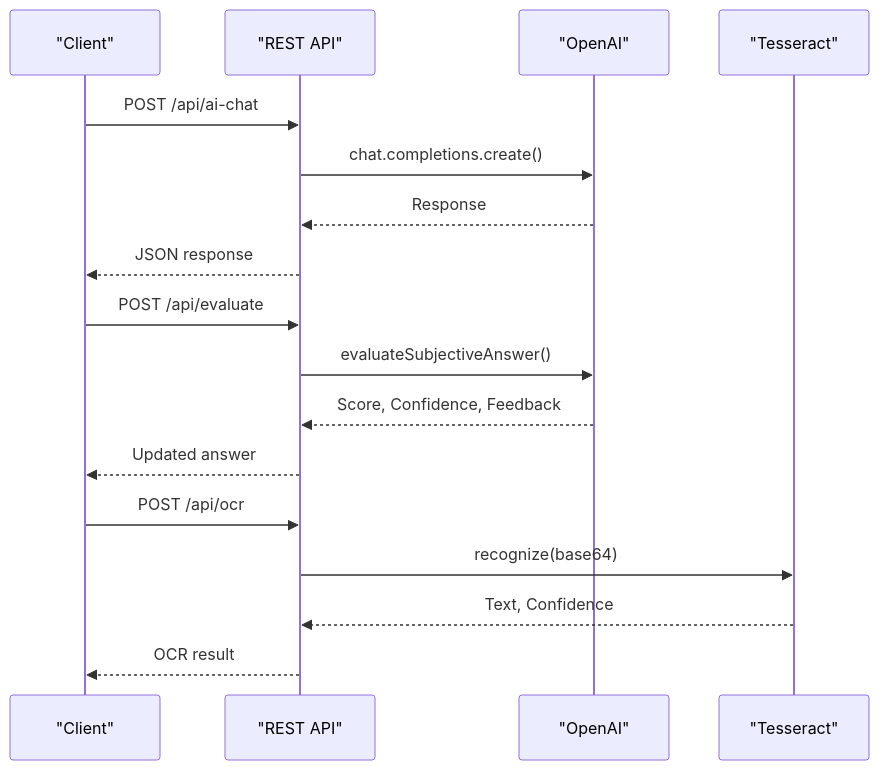
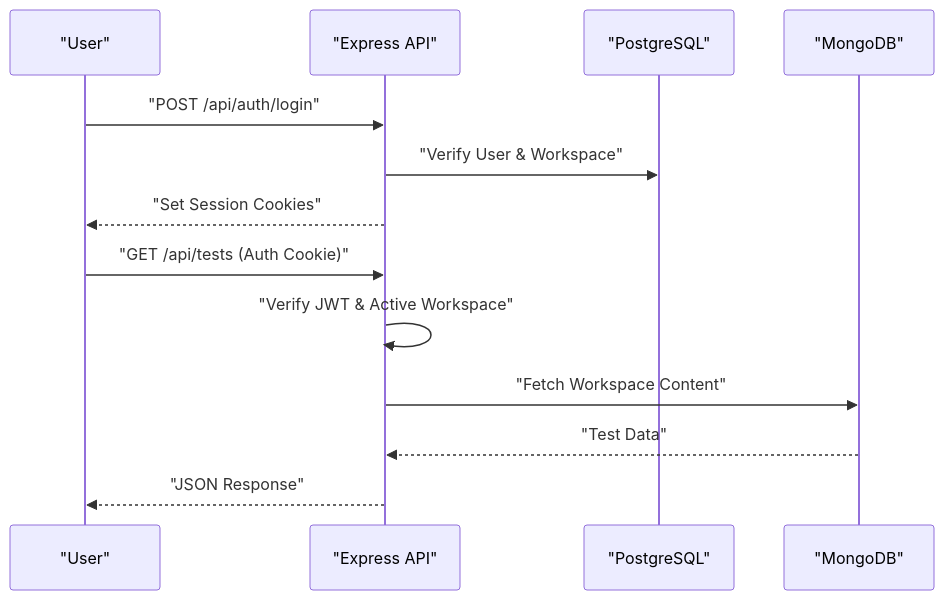
Before and after one commit to nitishssh/Class-mode: the second of 2 diagrams in docs/code-wiki/content/Architecture Overview.md, drawn with Mermaid. The commit also changed other lines of this file and 13 other files, not shown here.

Commit message:
refactor: migrate authentication system from Firebase to self-hosted PostgreSQL-backed identity management

````diff
--- a/docs/code-wiki/content/Architecture Overview.md
+++ b/docs/code-wiki/content/Architecture Overview.md
@@ -339,19 +70,15 @@
 ```mermaid
 sequenceDiagram
-participant Client as "Client"
-participant API as "REST API"
-participant AI as "OpenAI"
-participant OCR as "Tesseract"
-Client->>API : POST /api/ai-chat
-API->>AI : chat.completions.create()
-AI-->>API : Response
-API-->>Client : JSON response
-Client->>API : POST /api/evaluate
-API->>AI : evaluateSubjectiveAnswer()
-AI-->>API : Score, Confidence, Feedback
-API-->>Client : Updated answer
-Client->>API : POST /api/ocr
-API->>OCR : recognize(base64)
-OCR-->>API : Text, Confidence
-API-->>Client : OCR result
+participant User as "User"
+participant API as "Express API"
+participant PG as "PostgreSQL"
+participant Mongo as "MongoDB"
+User->>API : "POST /api/auth/login"
+API->>PG : "Verify User & Workspace"
+API-->>User : "Set Session Cookies"
+User->>API : "GET /api/tests (Auth Cookie)"
+API->>API : "Verify JWT & Active Workspace"
+API->>Mongo : "Fetch Workspace Content"
+Mongo-->>API : "Test Data"
+API-->>User : "JSON Response"
 ```
````
